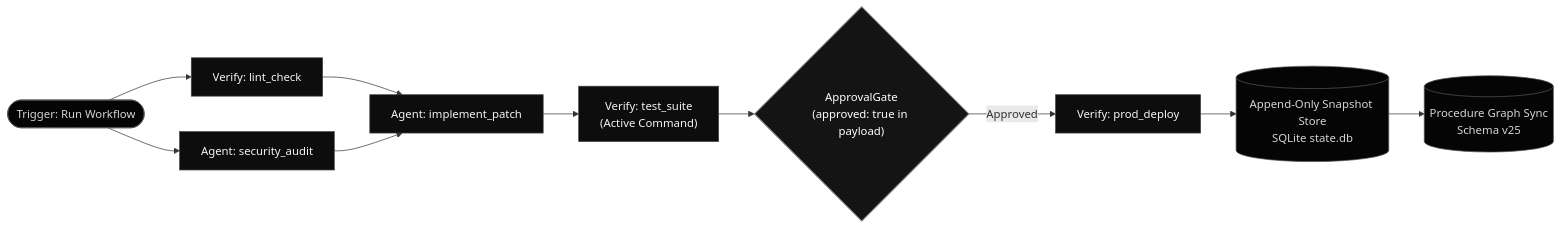
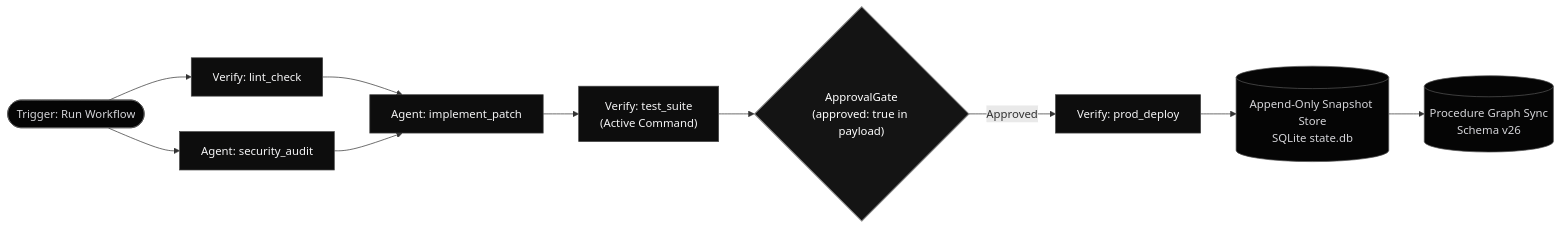
The diagram in src/routes/docs/workflows/+page.md (autonomic-ai-dev/website), drawn with Mermaid before and after one commit. The commit also changed 2 other files, not shown here.

Commit message:
docs: schema v26 and verify receipt, layout and weekly stats in CLI reference (#42)

````diff
--- a/src/routes/docs/workflows/+page.md
+++ b/src/routes/docs/workflows/+page.md
@@ -9,23 +9,23 @@
 ```mermaid
 flowchart LR
     Start(["Trigger: Run Workflow"]) --> Lint["Verify: lint_check"]
     Start --> Scan["Agent: security_audit"]
     
     Lint --> Build["Agent: implement_patch"]
     Scan --> Build
     
     Build --> Test["Verify: test_suite<br/>(Active Command)"]
     Test --> Gate{"ApprovalGate<br/>(approved: true in payload)"}
     
     Gate -->|Approved| Deploy["Verify: prod_deploy"]
 
     Deploy --> Snapshot[("Append-Only Snapshot Store<br/>SQLite state.db")]
-    Snapshot --> BrainSync[("Procedure Graph Sync<br/>Schema v25")]
+    Snapshot --> BrainSync[("Procedure Graph Sync<br/>Schema v26")]
 
     classDef exec fill:#0d0d0d,stroke:#444444,stroke-width:1px,color:#f4f4f5;
     classDef gate fill:#141414,stroke:#888888,stroke-width:1.5px,color:#ffffff;
     classDef terminal fill:#050505,stroke:#555555,stroke-width:1px,color:#d4d4d8;
     class Lint,Scan,Build,Test,Deploy exec;
     class Gate gate;
     class Snapshot,Start,BrainSync terminal;
 ```
````
